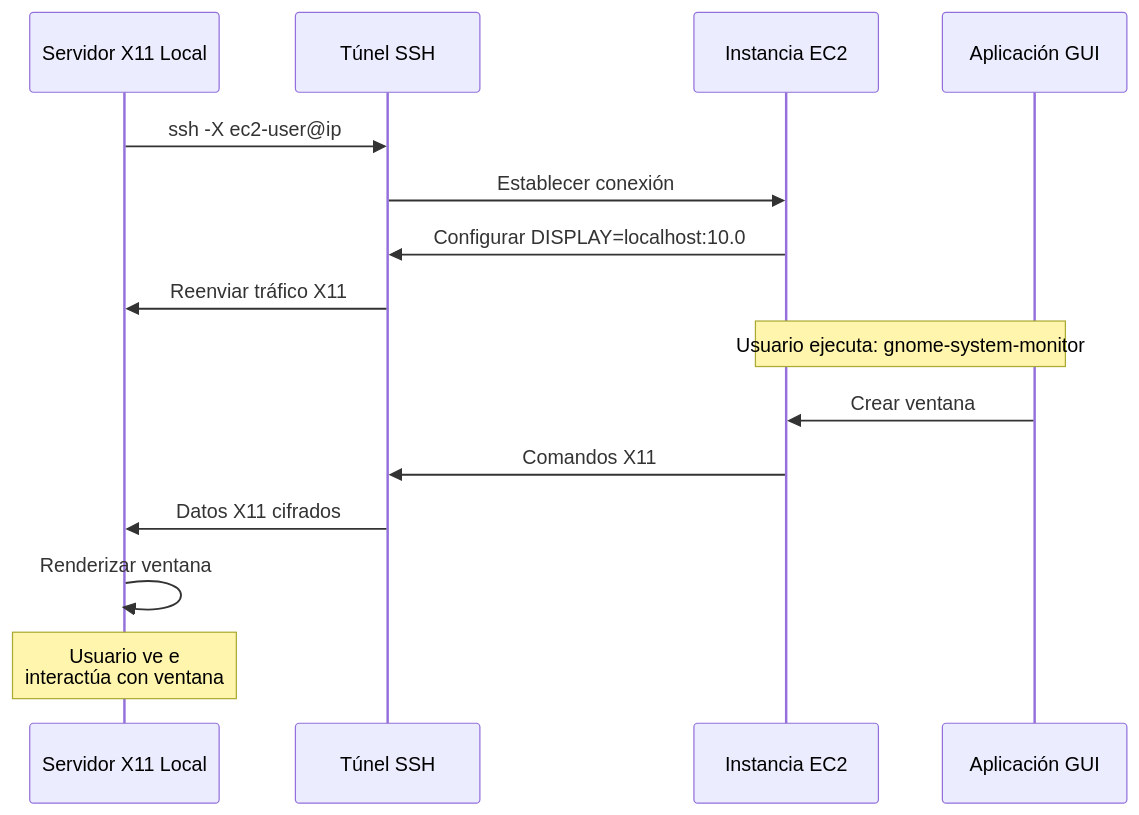
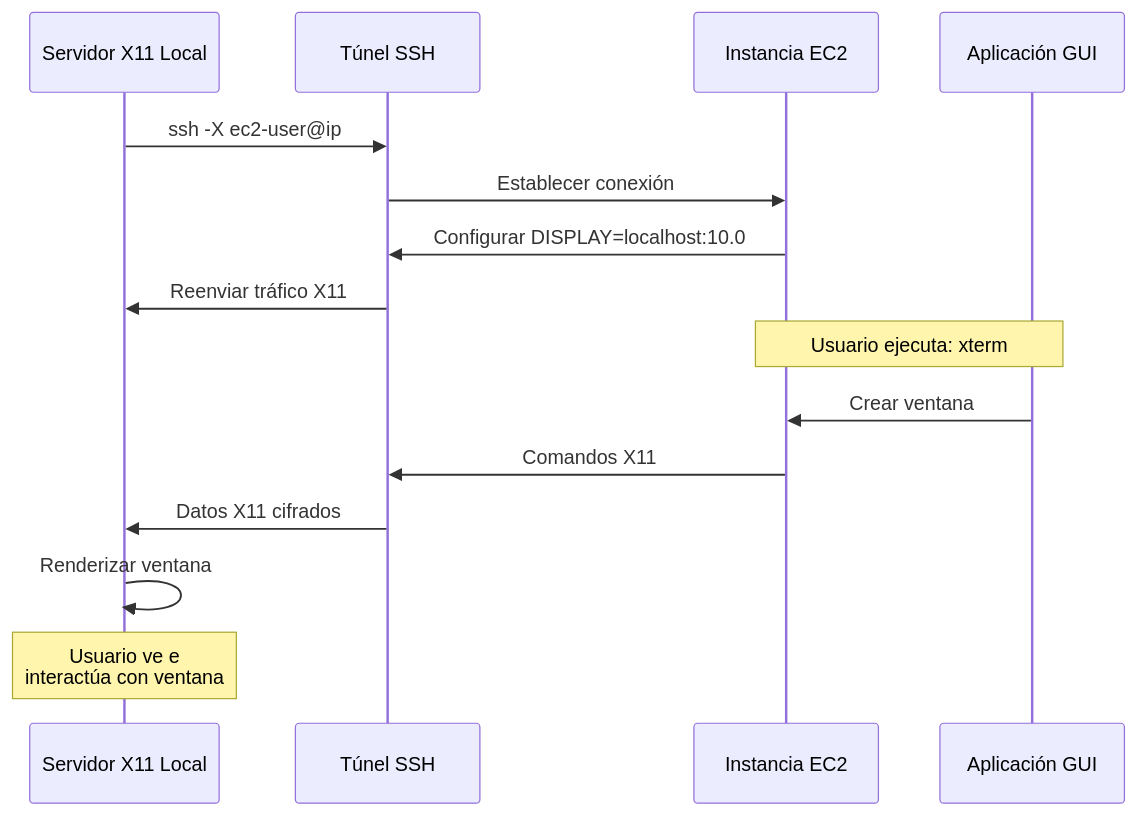
One commit to antoniollv/ssh-tips changed the second of 2 diagrams in 04-x11-forwarding/README_es.md. Above: the diagram before and after it, drawn with Mermaid. The commit also changed other lines of this file and 4 other files, not shown here.

Commit message:
feat: Update X11 Forwarding demo to replace gedit with xterm and remove gnome-system-monitor references

````diff
--- a/04-x11-forwarding/README_es.md
+++ b/04-x11-forwarding/README_es.md
@@ -155,20 +143,20 @@
 ```mermaid
 sequenceDiagram
     participant Local as Servidor X11 Local
     participant SSH as Túnel SSH
     participant EC2 as Instancia EC2
     participant App as Aplicación GUI
 
     Local->>SSH: ssh -X ec2-user@ip
     SSH->>EC2: Establecer conexión
     EC2->>SSH: Configurar DISPLAY=localhost:10.0
     SSH->>Local: Reenviar tráfico X11
     
-    Note over EC2,App: Usuario ejecuta: gnome-system-monitor
+    Note over EC2,App: Usuario ejecuta: xterm
     App->>EC2: Crear ventana
     EC2->>SSH: Comandos X11
     SSH->>Local: Datos X11 cifrados
     Local->>Local: Renderizar ventana
     
     Note over Local: Usuario ve e<br/>interactúa con ventana
 ```
````
